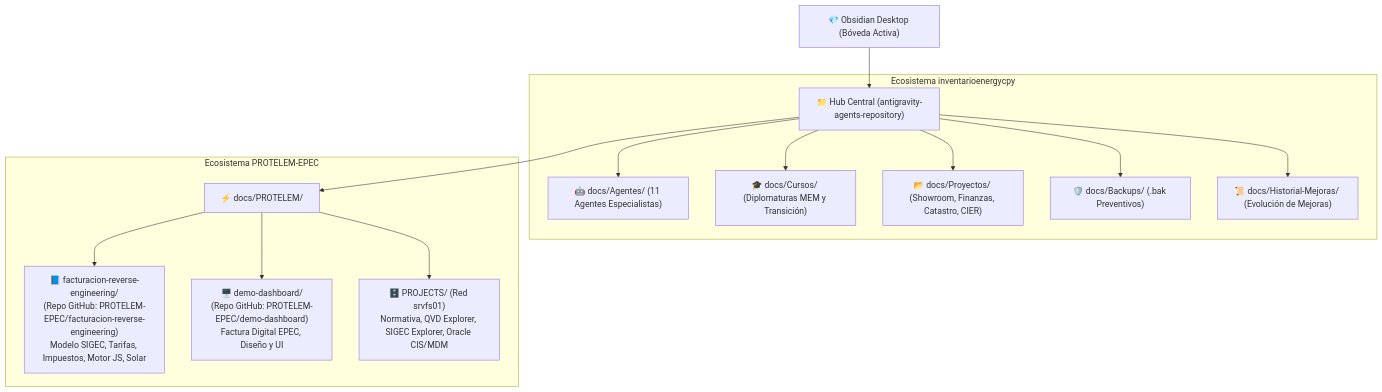
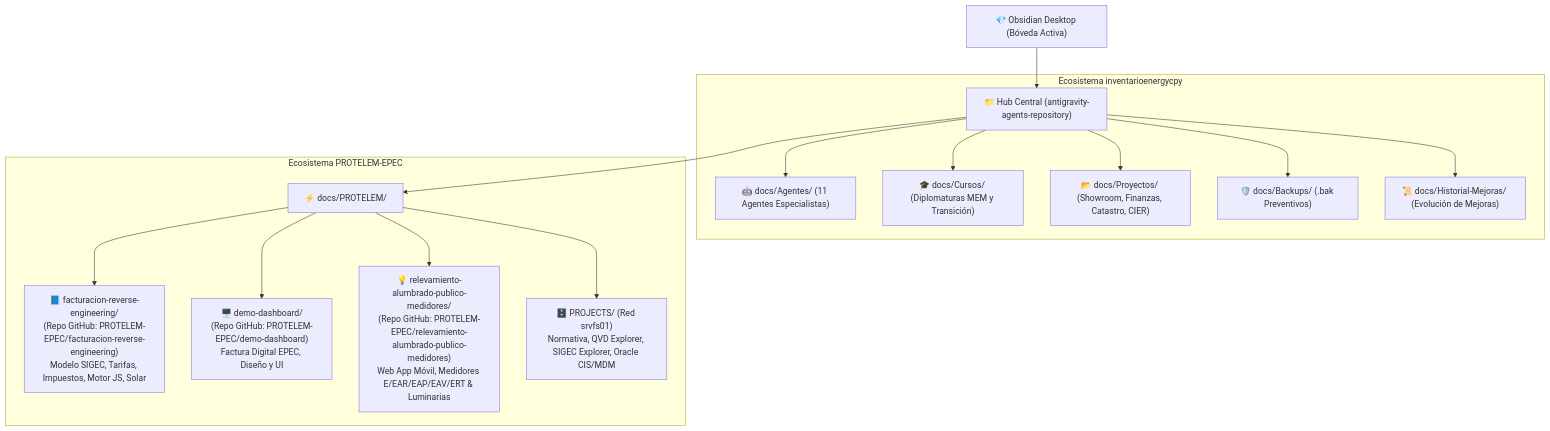
Before and after one commit to inventarioenergycpy/antigravity-agents-repository: the diagram in docs/PROTELEM/00-Indice-PROTELEM-EPEC.md, drawn with Mermaid. The commit also changed other lines of this file and 309 other files, not shown here.

````diff
--- a/docs/PROTELEM/00-Indice-PROTELEM-EPEC.md
+++ b/docs/PROTELEM/00-Indice-PROTELEM-EPEC.md
@@ -22,20 +22,21 @@
 ```mermaid
 graph TD
     Obsidian["💎 Obsidian Desktop (Bóveda Activa)"] --> Hub["📁 Hub Central (antigravity-agents-repository)"]
     
     subgraph "Ecosistema inventarioenergycpy"
         Hub --> Agentes["🤖 docs/Agentes/ (11 Agentes Especialistas)"]
         Hub --> Cursos["🎓 docs/Cursos/ (Diplomaturas MEM y Transición)"]
         Hub --> Proyectos["📂 docs/Proyectos/ (Showroom, Finanzas, Catastro, CIER)"]
         Hub --> Backups["🛡️ docs/Backups/ (.bak Preventivos)"]
         Hub --> Historial["📜 docs/Historial-Mejoras/ (Evolución de Mejoras)"]
     end
 
     subgraph "Ecosistema PROTELEM-EPEC"
         Hub --> ProtelemFolder["⚡ docs/PROTELEM/"]
         
         ProtelemFolder --> FactDocs["📘 facturacion-reverse-engineering/\n(Repo GitHub: PROTELEM-EPEC/facturacion-reverse-engineering)\nModelo SIGEC, Tarifas, Impuestos, Motor JS, Solar"]
         ProtelemFolder --> DemoDash["🖥️ demo-dashboard/\n(Repo GitHub: PROTELEM-EPEC/demo-dashboard)\nFactura Digital EPEC, Diseño y UI"]
+        ProtelemFolder --> RelevMed["💡 relevamiento-alumbrado-publico-medidores/\n(Repo GitHub: PROTELEM-EPEC/relevamiento-alumbrado-publico-medidores)\nWeb App Móvil, Medidores E/EAR/EAP/EAV/ERT & Luminarias"]
         ProtelemFolder --> ProjectsRed["🗄️ PROJECTS/ (Red srvfs01)\nNormativa, QVD Explorer, SIGEC Explorer, Oracle CIS/MDM"]
     end
 ```
````
